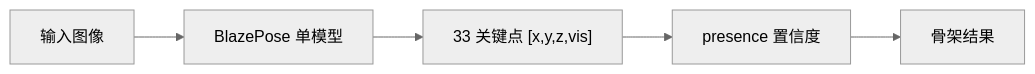
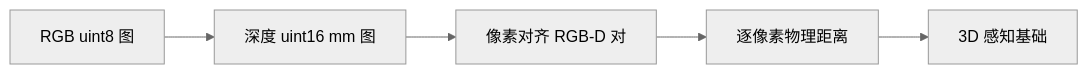
One commit to aibittek/course_generate_agent changed the second of 7 diagrams in courses/sheet1/robot_vision/_parts/experiment-10.md. Above: the diagram before and after it, drawn with Mermaid (neutral theme). The commit also changed other lines of this file and 98 other files, not shown here.

````diff
--- a/courses/sheet1/robot_vision/_parts/experiment-10.md
+++ b/courses/sheet1/robot_vision/_parts/experiment-10.md
@@ -150,7 +146,7 @@
 ```mermaid
 graph LR
-    A[输入图像] --> B[BlazePose 单模型]
-    B --> C["33 关键点 [x,y,z,vis]"]
-    C --> D[presence 置信度]
-    D --> E[骨架结果]
+    A[RGB uint8 图] --> B[深度 uint16 mm 图]
+    B --> C[像素对齐 RGB-D 对]
+    C --> D[逐像素物理距离]
+    D --> E[3D 感知基础]
 ```
````
